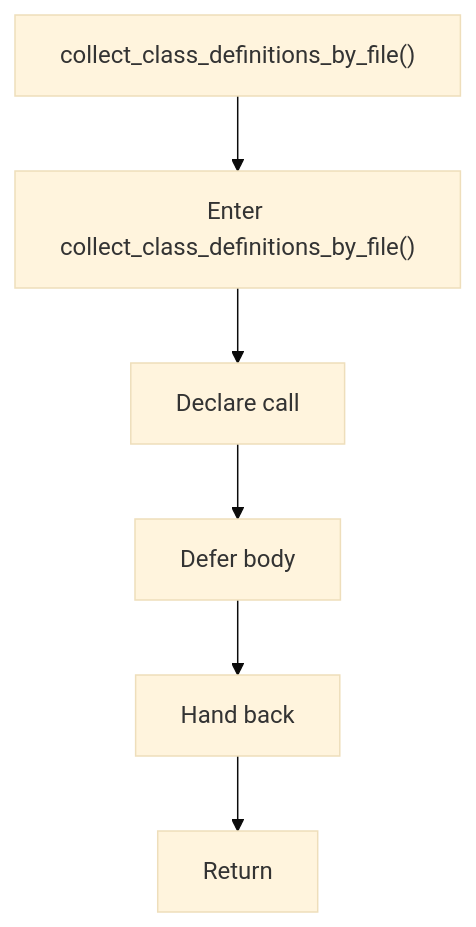
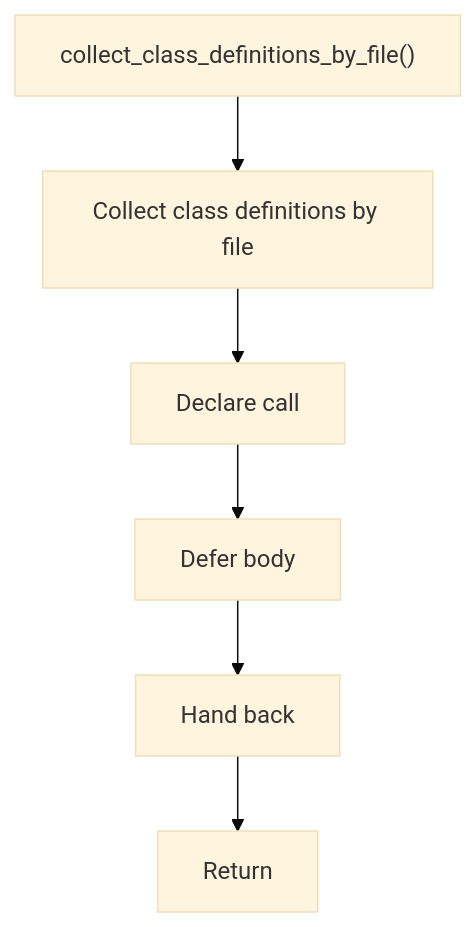
Before and after one commit to JohnAndrewBalbarosa/NeoTerritory: the diagram in docs/Codebase/Microservice/Modules/Header/SyntacticBrokenAST/Trees/Actual/Internal/Flow/functions/collect_class_definitions_by_file.hpp.md, drawn with Mermaid (base theme). The commit also changed other lines of this file and 925 other files, not shown here.

````diff
--- a/docs/Codebase/Microservice/Modules/Header/SyntacticBrokenAST/Trees/Actual/Internal/Flow/functions/collect_class_definitions_by_file.hpp.md
+++ b/docs/Codebase/Microservice/Modules/Header/SyntacticBrokenAST/Trees/Actual/Internal/Flow/functions/collect_class_definitions_by_file.hpp.md
@@ -16,14 +16,14 @@
 ```mermaid
 flowchart TD
     Start["collect_class_definitions_by_file()"]
-    N0["Enter collect_class_definitions_by_file()"]
+    N0["Collect class definitions by file"]
     N1["Declare call"]
     N2["Defer body"]
     N3["Hand back"]
     End["Return"]
     Start --> N0
     N0 --> N1
     N1 --> N2
     N2 --> N3
     N3 --> End
 ```
````
